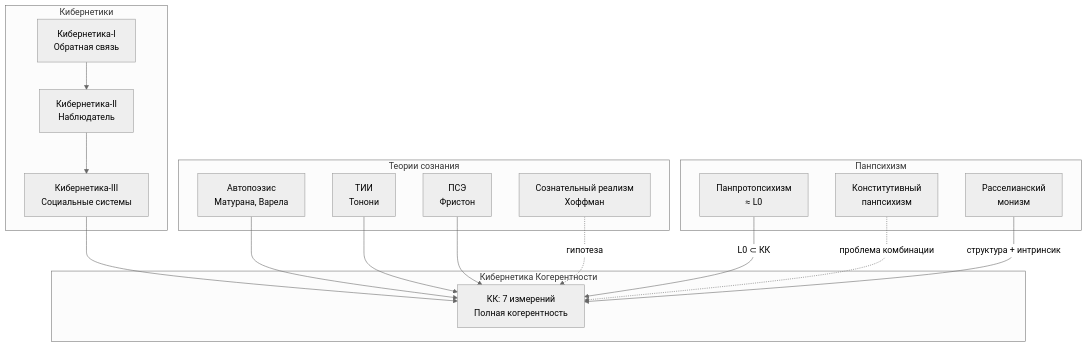
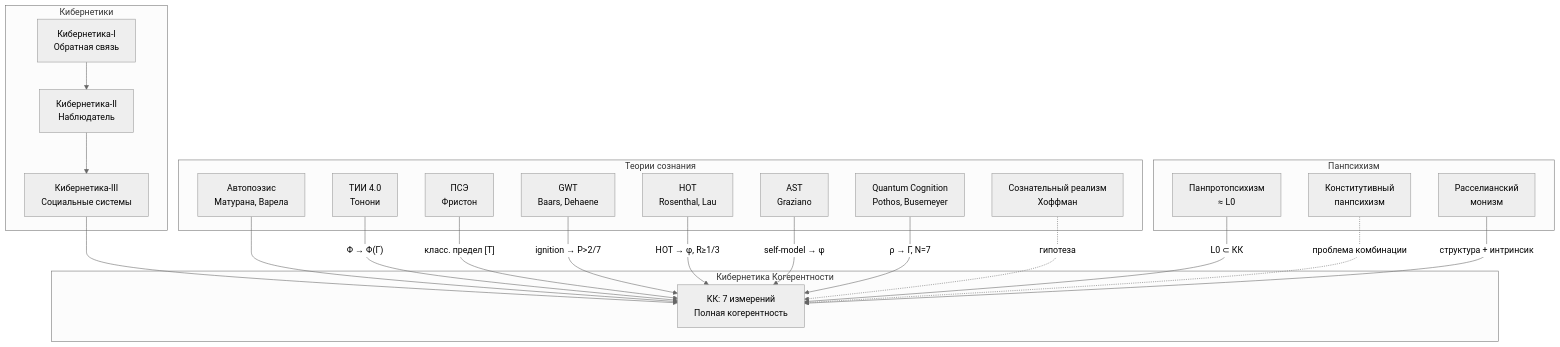
One commit to gst-st/uhm changed the diagram in website/docs/consciousness/comparative/consciousness-theories.md. Above: the diagram before and after it, drawn with Mermaid (neutral theme). The commit also changed other lines of this file and 11 other files, not shown here.

````diff
--- a/website/docs/consciousness/comparative/consciousness-theories.md
+++ b/website/docs/consciousness/comparative/consciousness-theories.md
@@ -281,30 +380,38 @@
 ```mermaid
 graph TB
     subgraph "Кибернетика Когерентности"
         KK[КК: 7 измерений<br/>Полная когерентность]
     end
     subgraph "Кибернетики"
         C1[Кибернетика-I<br/>Обратная связь]
         C2[Кибернетика-II<br/>Наблюдатель]
         C3[Кибернетика-III<br/>Социальные системы]
     end
     subgraph "Теории сознания"
         AP[Автопоэзис<br/>Матурана, Варела]
-        IIT[ТИИ<br/>Тонони]
+        IIT[ТИИ 4.0<br/>Тонони]
         FEP[ПСЭ<br/>Фристон]
+        GWT2[GWT<br/>Baars, Dehaene]
+        HOT2[HOT<br/>Rosenthal, Lau]
+        AST2[AST<br/>Graziano]
+        QC2[Quantum Cognition<br/>Pothos, Busemeyer]
         CR[Сознательный реализм<br/>Хоффман]
     end
     subgraph "Панпсихизм"
         PP[Панпротопсихизм<br/>≈ L0]
         PC[Конститутивный<br/>панпсихизм]
         RM[Расселианский<br/>монизм]
     end
     C1 --> C2 --> C3 --> KK
     AP --> KK
-    IIT --> KK
-    FEP --> KK
+    IIT -->|"Φ → Φ(Γ)"| KK
+    FEP -->|"класс. предел [Т]"| KK
+    GWT2 -->|"ignition → P>2/7"| KK
+    HOT2 -->|"HOT → φ, R≥1/3"| KK
+    AST2 -->|"self-model → φ"| KK
+    QC2 -->|"ρ → Γ, N=7"| KK
     CR -.->|"гипотеза"| KK
     PP -->|"L0 ⊂ КК"| KK
     PC -.->|"проблема комбинации"| KK
     RM -->|"структура + интринсик"| KK
 ```
````
